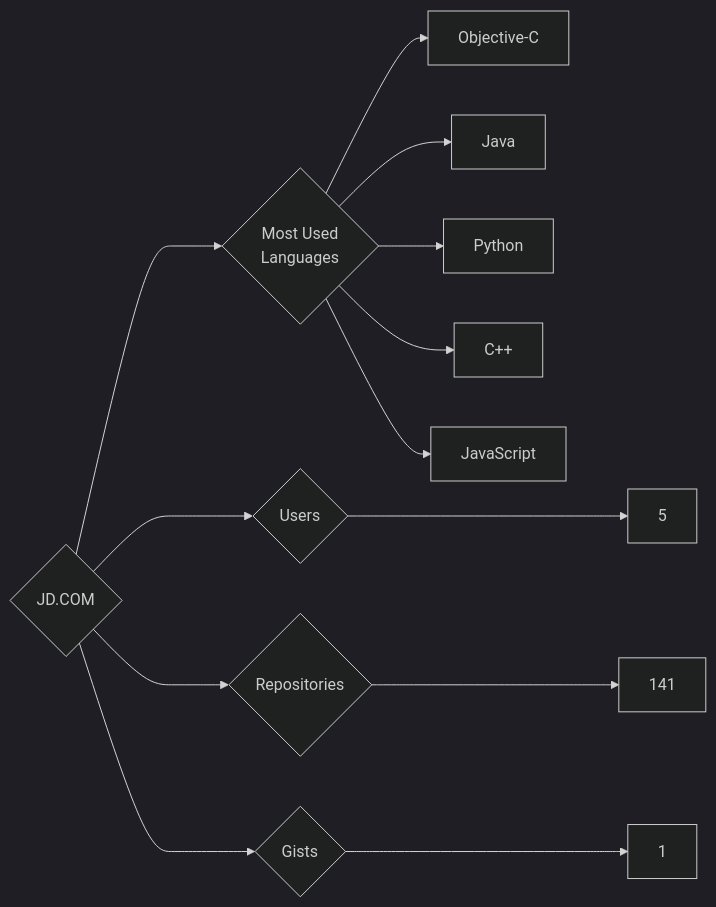
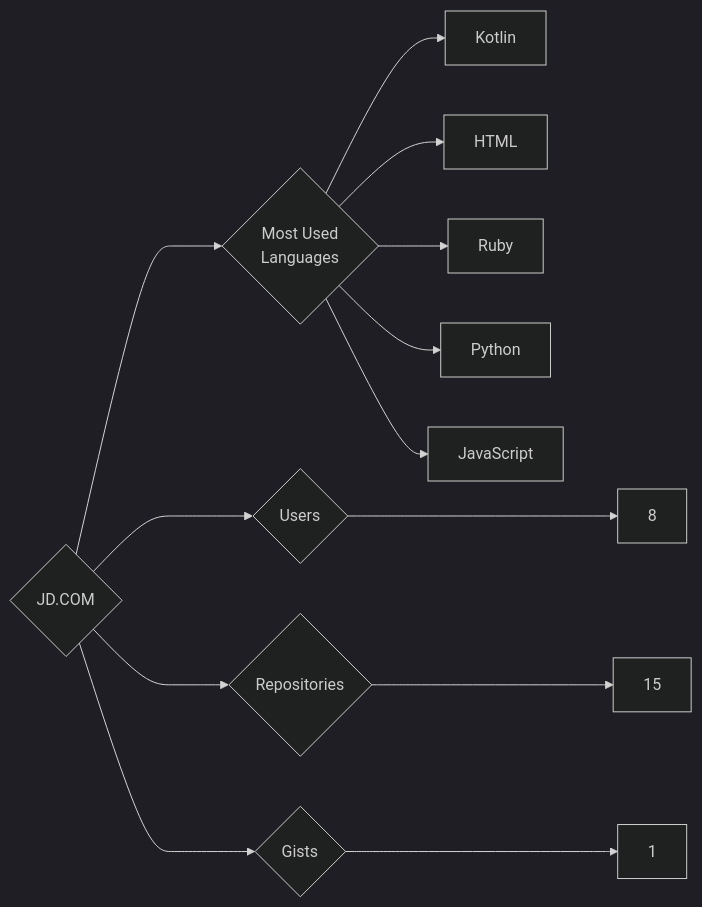
Before and after one commit to trickest/insiders: the diagram in targets/JD.COM/README.md, drawn with Mermaid (dark theme). The commit also changed 749 other files, not shown here.

````diff
--- a/targets/JD.COM/README.md
+++ b/targets/JD.COM/README.md
@@ -3,13 +3,13 @@
 ```mermaid
 graph LR
 COMPANY_NAME{JD.COM}
-COMPANY_NAME ---> U{Users} ---> UN[5]
-COMPANY_NAME ---> R{Repositories} ---> RN[141]
+COMPANY_NAME ---> U{Users} ---> UN[8]
+COMPANY_NAME ---> R{Repositories} ---> RN[15]
 COMPANY_NAME ---> G{Gists} ---> GN[1]
 COMPANY_NAME ---> ML{Most Used<br>Languages}
-ML --> Objective-C[Objective-C]
-ML --> Java[Java]
+ML --> Kotlin[Kotlin]
+ML --> HTML[HTML]
+ML --> Ruby[Ruby]
 ML --> Python[Python]
-ML --> C++[C++]
 ML --> JavaScript[JavaScript]
 ```
````
